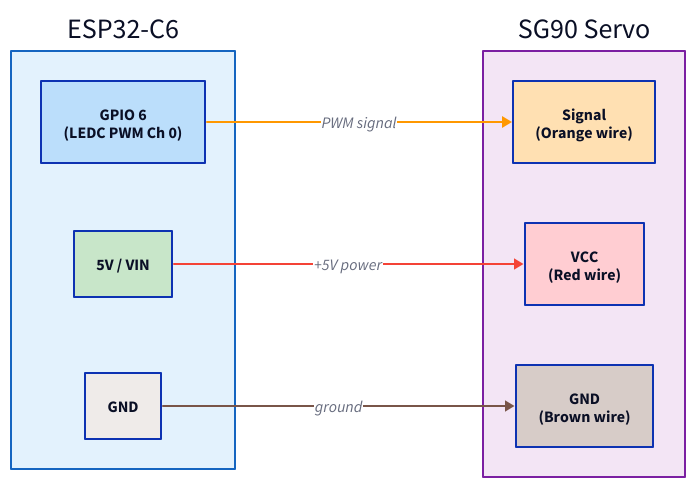
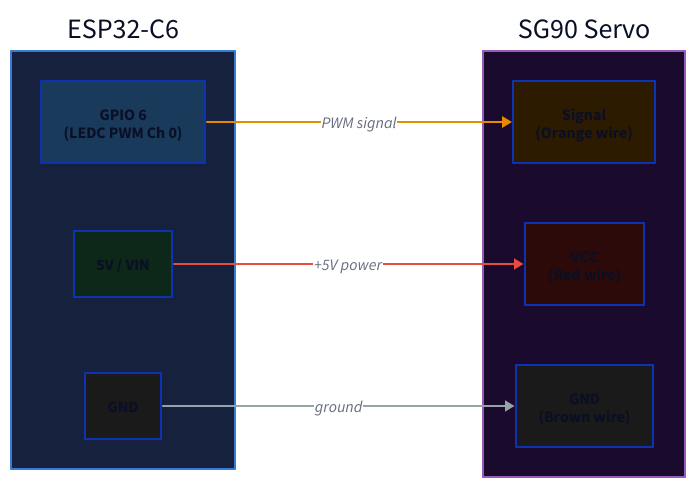
One commit to EtaCassiopeia/smart-vent changed the diagram in docs/diagrams/wiring.d2. Above: the diagram before and after it, drawn with D2. The commit also changed 17 other files, not shown here.

First line of the commit message:
Switch D2 diagrams to dark color palette

```diff
--- a/docs/diagrams/wiring.d2
+++ b/docs/diagrams/wiring.d2
@@ -1,44 +1,44 @@
 direction: right
 
 esp32: ESP32-C6 {
-  style.fill: "#e3f2fd"
-  style.stroke: "#1565c0"
+  style.fill: "#16213e"
+  style.stroke: "#3a7bd5"
 
   gpio6: GPIO 6\n(LEDC PWM Ch 0) {
-    style.fill: "#bbdefb"
+    style.fill: "#1a3a5c"
   }
   v5: 5V / VIN {
-    style.fill: "#c8e6c9"
+    style.fill: "#0d2818"
   }
   gnd: GND {
-    style.fill: "#efebe9"
+    style.fill: "#1a1a1a"
   }
 }
 
 servo: SG90 Servo {
-  style.fill: "#f3e5f5"
-  style.stroke: "#7b1fa2"
+  style.fill: "#1a0a2e"
+  style.stroke: "#9b59b6"
 
   signal: Signal\n(Orange wire) {
-    style.fill: "#ffe0b2"
+    style.fill: "#2d1b00"
   }
   vcc: VCC\n(Red wire) {
-    style.fill: "#ffcdd2"
+    style.fill: "#2d0a0a"
   }
   ground: GND\n(Brown wire) {
-    style.fill: "#d7ccc8"
+    style.fill: "#1a1a1a"
   }
 }
 
 esp32.gpio6 -> servo.signal: PWM signal {
-  style.stroke: "#ff9800"
+  style.stroke: "#e68a00"
   style.stroke-width: 2
 }
 esp32.v5 -> servo.vcc: +5V power {
-  style.stroke: "#f44336"
+  style.stroke: "#e74c3c"
   style.stroke-width: 2
 }
 esp32.gnd -> servo.ground: ground {
-  style.stroke: "#795548"
+  style.stroke: "#95a5a6"
   style.stroke-width: 2
 }
```
